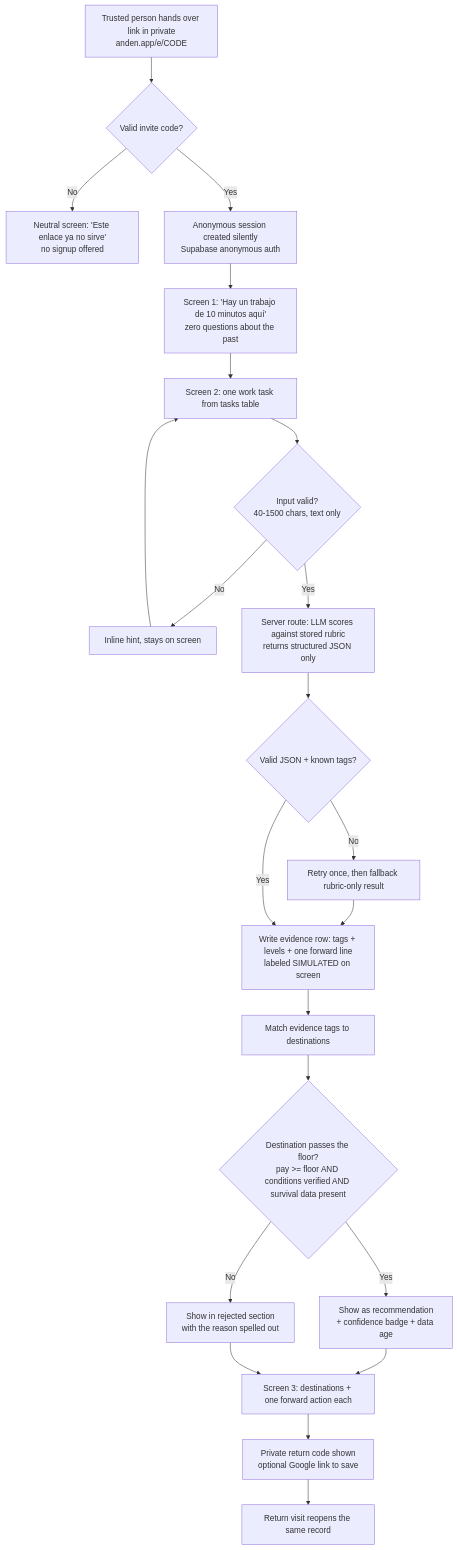
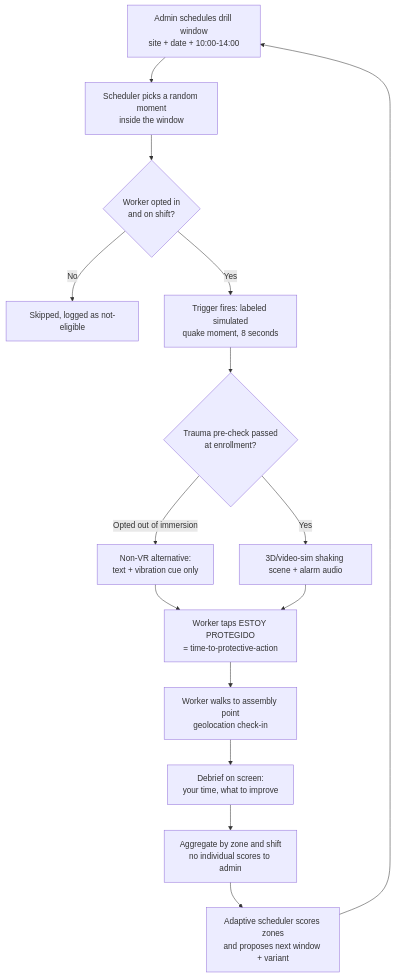
One commit to fatimafortes/primeros8 changed the first of 2 diagrams in semana 6/PACKET.md. Above: the diagram before and after it, drawn with Mermaid. The commit also changed other lines of this file and 4 other files, not shown here.

````diff
--- a/semana 6/PACKET.md
+++ b/semana 6/PACKET.md
@@ -61,22 +30,17 @@
 ```mermaid
 flowchart TD
-    A[Trusted person hands over link in private<br/>anden.app/e/CODE] --> B{Valid invite code?}
-    B -- No --> B1[Neutral screen: 'Este enlace ya no sirve'<br/>no signup offered]
-    B -- Yes --> C[Anonymous session created silently<br/>Supabase anonymous auth]
-    C --> D[Screen 1: 'Hay un trabajo de 10 minutos aquí'<br/>zero questions about the past]
-    D --> E[Screen 2: one work task from tasks table]
-    E --> F{Input valid?<br/>40-1500 chars, text only}
-    F -- No --> F1[Inline hint, stays on screen] --> E
-    F -- Yes --> G[Server route: LLM scores against stored rubric<br/>returns structured JSON only]
-    G --> H{Valid JSON + known tags?}
-    H -- No --> H1[Retry once, then fallback rubric-only result] --> I
-    H -- Yes --> I[Write evidence row: tags + levels + one forward line<br/>labeled SIMULATED on screen]
-    I --> J[Match evidence tags to destinations]
-    J --> K{Destination passes the floor?<br/>pay >= floor AND conditions verified AND survival data present}
-    K -- Yes --> L[Show as recommendation<br/>+ confidence badge + data age]
-    K -- No --> M[Show in rejected section<br/>with the reason spelled out]
-    L --> N[Screen 3: destinations + one forward action each]
-    M --> N
-    N --> O[Private return code shown<br/>optional Google link to save]
-    O --> P[Return visit reopens the same record]
+    A[Admin schedules drill window<br/>site + date + 10:00-14:00] --> B[Scheduler picks a random moment<br/>inside the window]
+    B --> C{Worker opted in<br/>and on shift?}
+    C -- No --> D[Skipped, logged as not-eligible]
+    C -- Yes --> E[Trigger fires: labeled simulated<br/>quake moment, 8 seconds]
+    E --> F{Trauma pre-check passed<br/>at enrollment?}
+    F -- Opted out of immersion --> G[Non-VR alternative:<br/>text + vibration cue only]
+    F -- Yes --> H[3D/video-sim shaking scene + alarm audio]
+    G --> I[Worker taps ESTOY PROTEGIDO<br/>= time-to-protective-action]
+    H --> I
+    I --> J[Worker walks to assembly point<br/>geolocation check-in]
+    J --> K[Debrief on screen:<br/>your time, what to improve]
+    K --> L[Aggregate by zone and shift<br/>no individual scores to admin]
+    L --> M[Adaptive scheduler scores zones<br/>and proposes next window + variant]
+    M --> A
 ```
````
